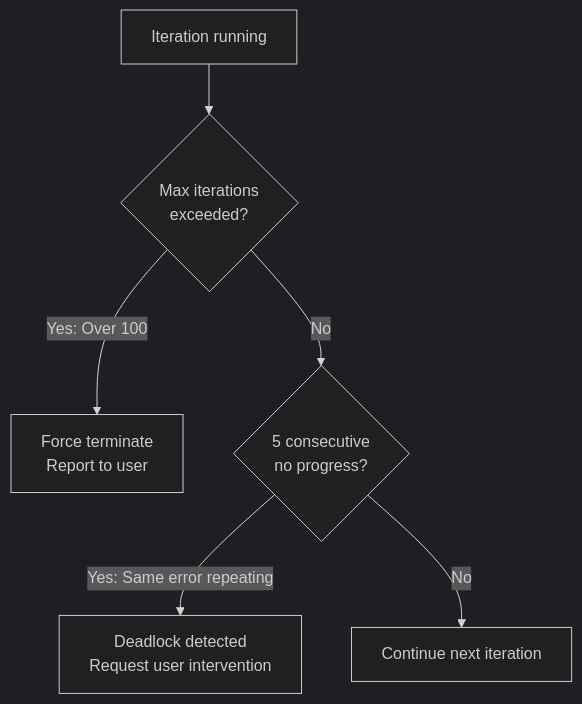
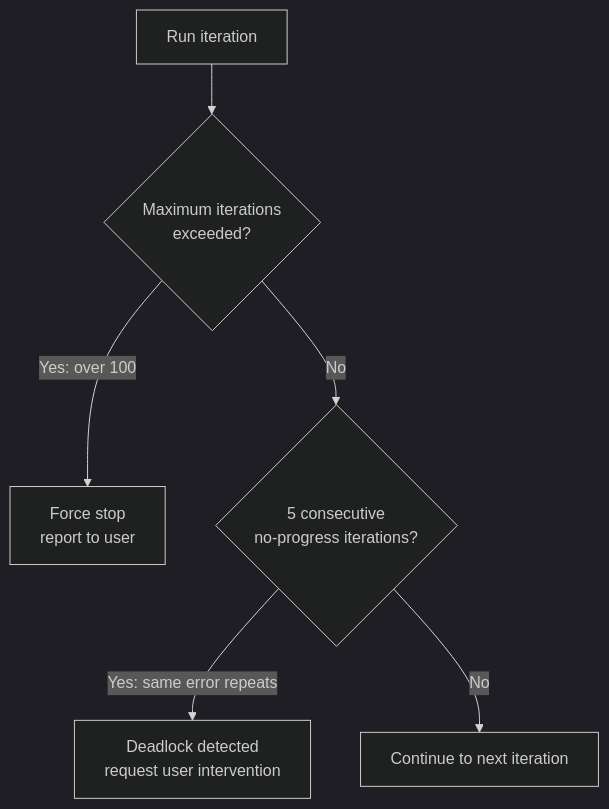
One commit to modu-ai/moai-adk changed the second of 4 diagrams in docs-site/content/en/utility-commands/moai-loop.md. Above: the diagram before and after it, drawn with Mermaid (dark theme). The commit also changed other lines of this file and 395 other files, not shown here.

````diff
--- a/docs-site/content/en/utility-commands/moai-loop.md
+++ b/docs-site/content/en/utility-commands/moai-loop.md
@@ -129,8 +150,8 @@
 ```mermaid
 flowchart TD
-    A[Iteration running] --> B{Max iterations<br/>exceeded?}
-    B -->|Yes: Over 100| C["Force terminate<br/>Report to user"]
-    B -->|No| D{5 consecutive<br/>no progress?}
-    D -->|Yes: Same error repeating| E["Deadlock detected<br/>Request user intervention"]
-    D -->|No| F[Continue next iteration]
+    A[Run iteration] --> B{Maximum iterations<br/>exceeded?}
+    B -->|Yes: over 100| C["Force stop<br/>report to user"]
+    B -->|No| D{5 consecutive<br/>no-progress iterations?}
+    D -->|Yes: same error repeats| E["Deadlock detected<br/>request user intervention"]
+    D -->|No| F[Continue to next iteration]
 ```
````
